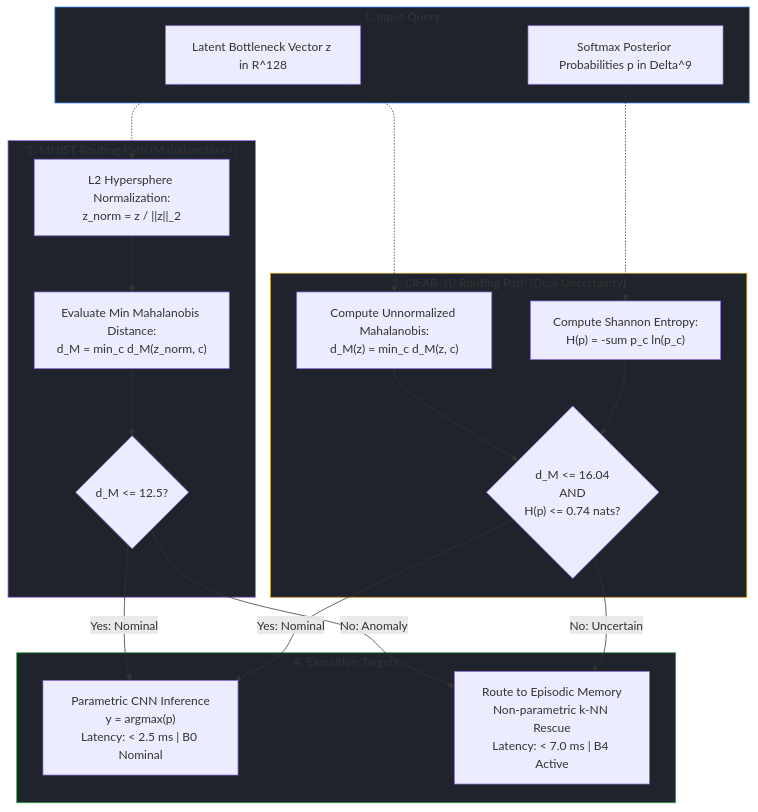
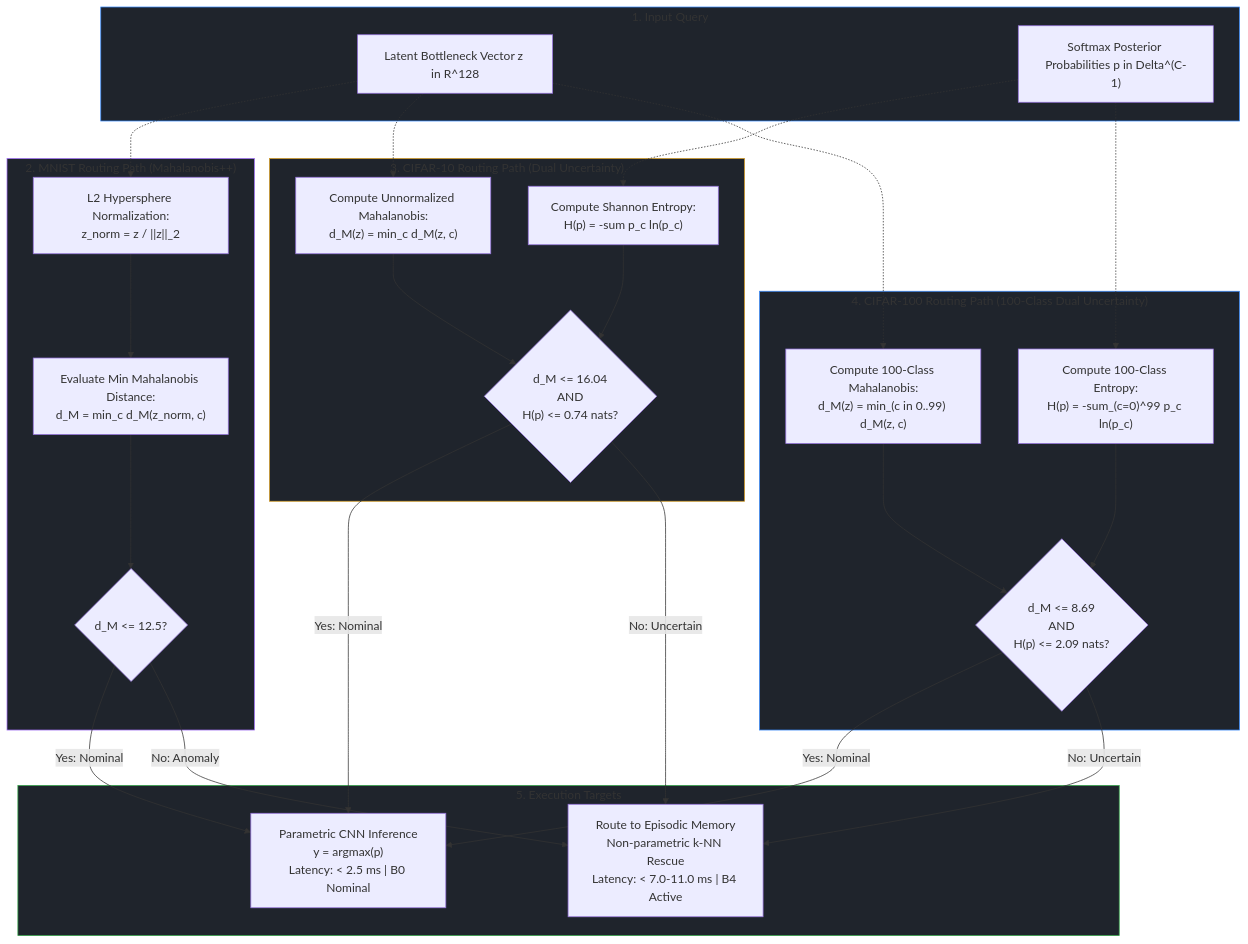
The diagram in docs/architecture/ood-detection.md (Santiago-1211173/projeto-cnn), drawn with Mermaid before and after one commit. The commit also changed other lines of this file and 18 other files, not shown here.

Commit message:
docs: add comprehensive documentation and architecture guides for CIFAR-100 implementation

````diff
--- a/docs/architecture/ood-detection.md
+++ b/docs/architecture/ood-detection.md
@@ -85,39 +111,51 @@
 ```mermaid
 flowchart TD
     subgraph InputQuery["1. Input Query"]
         Z["Latent Bottleneck Vector z in R^128"]
-        P["Softmax Posterior Probabilities p in Delta^9"]
+        P["Softmax Posterior Probabilities p in Delta^(C-1)"]
     end
 
     subgraph MNISTRouting["2. MNIST Routing Path (Mahalanobis++)"]
         NORM["L2 Hypersphere Normalization:<br>z_norm = z / ||z||_2"]
         MAHA_M["Evaluate Min Mahalanobis Distance:<br>d_M = min_c d_M(z_norm, c)"]
         CHECK_M{"d_M <= 12.5?"}
         
         Z -.-> NORM --> MAHA_M --> CHECK_M
     end
 
     subgraph CIFAR10Routing["3. CIFAR-10 Routing Path (Dual Uncertainty)"]
         MAHA_C["Compute Unnormalized Mahalanobis:<br>d_M(z) = min_c d_M(z, c)"]
         ENT_C["Compute Shannon Entropy:<br>H(p) = -sum p_c ln(p_c)"]
         CHECK_C{"d_M <= 16.04<br>AND<br>H(p) <= 0.74 nats?"}
         
         Z -.-> MAHA_C --> CHECK_C
         P -.-> ENT_C --> CHECK_C
     end
 
-    subgraph ExecutionTargets["4. Execution Targets"]
+    subgraph CIFAR100Routing["4. CIFAR-100 Routing Path (100-Class Dual Uncertainty)"]
+        MAHA_C100["Compute 100-Class Mahalanobis:<br>d_M(z) = min_(c in 0..99) d_M(z, c)"]
+        ENT_C100["Compute 100-Class Entropy:<br>H(p) = -sum_(c=0)^99 p_c ln(p_c)"]
+        CHECK_C100{"d_M <= 8.69<br>AND<br>H(p) <= 2.09 nats?"}
+        
+        Z -.-> MAHA_C100 --> CHECK_C100
+        P -.-> ENT_C100 --> CHECK_C100
+    end
+
+    subgraph ExecutionTargets["5. Execution Targets"]
         CNN_EXEC["Parametric CNN Inference<br>y = argmax(p)<br>Latency: < 2.5 ms | B0 Nominal"]
-        KNN_EXEC["Route to Episodic Memory<br>Non-parametric k-NN Rescue<br>Latency: < 7.0 ms | B4 Active"]
+        KNN_EXEC["Route to Episodic Memory<br>Non-parametric k-NN Rescue<br>Latency: < 7.0-11.0 ms | B4 Active"]
         
         CHECK_M -->|Yes: Nominal| CNN_EXEC
         CHECK_M -->|No: Anomaly| KNN_EXEC
         CHECK_C -->|Yes: Nominal| CNN_EXEC
         CHECK_C -->|No: Uncertain| KNN_EXEC
+        CHECK_C100 -->|Yes: Nominal| CNN_EXEC
+        CHECK_C100 -->|No: Uncertain| KNN_EXEC
     end
 
     style InputQuery fill:#1f242c,stroke:#388bfd,stroke-width:1px
     style MNISTRouting fill:#1f242c,stroke:#a371f7,stroke-width:1px
     style CIFAR10Routing fill:#1f242c,stroke:#d29922,stroke-width:1px
+    style CIFAR100Routing fill:#1f242c,stroke:#388bfd,stroke-width:1px
     style ExecutionTargets fill:#1f242c,stroke:#2ea043,stroke-width:1px
 ```
````
